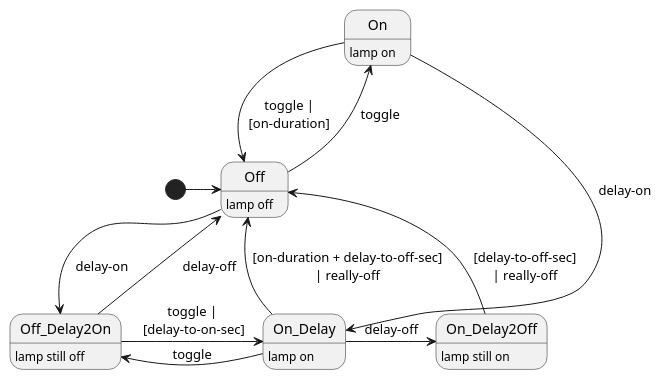
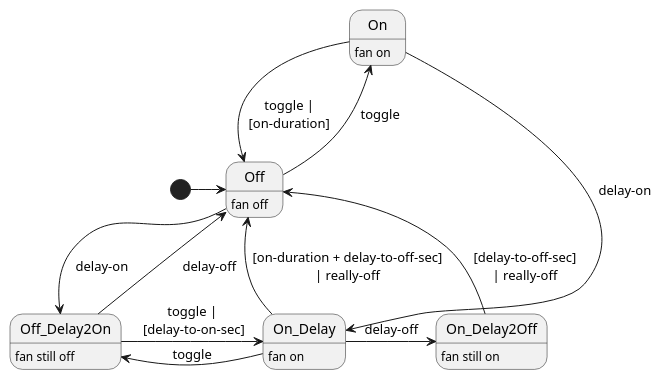
The diagram in src/main/java/eu/dlvm/domotics/actuators/fan-state.puml (dvaneynde/home-automation), drawn with PlantUML before and after one commit. The commit also changed 1 other file, not shown here.

Commit message:
Fix fan, again.

```diff
--- a/src/main/java/eu/dlvm/domotics/actuators/fan-state.puml
+++ b/src/main/java/eu/dlvm/domotics/actuators/fan-state.puml
@@ -1,22 +1,22 @@
 @startuml FanStateChart
 
 hide empty description
 
-On : lamp on
-Off : lamp off
+On : fan on
+Off : fan off
 On --> Off : toggle |\n[on-duration]
 On <-- Off : toggle
 [*] -> Off
 Off --> Off_Delay2On : delay-on
-Off_Delay2On : lamp still off
+Off_Delay2On : fan still off
 Off_Delay2On -> On_Delay : toggle |\n [delay-to-on-sec]
 Off_Delay2On -> Off : delay-off
-On_Delay : lamp on
+On_Delay : fan on
 On_Delay -> On_Delay2Off : delay-off
 On_Delay -> Off_Delay2On : toggle
-On_Delay2Off : lamp still on
+On_Delay2Off : fan still on
 Off <-up- On_Delay : [on-duration + delay-to-off-sec]\n| really-off
 Off <-up- On_Delay2Off : [delay-to-off-sec]\n| really-off
 
 On --> On_Delay : delay-on
 @enduml
```
